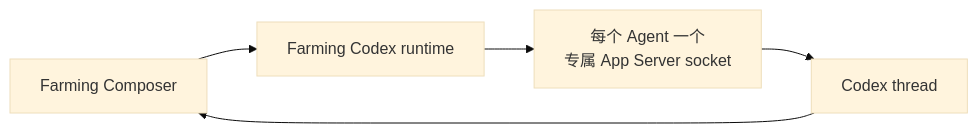
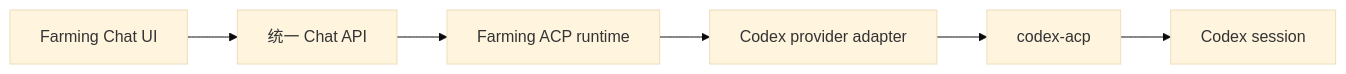
One commit to zhuwenzhuang/farming changed the diagram in docs/products/code/codex-runtime.zh_cn.md. Above: the diagram before and after it, drawn with Mermaid (base theme). The commit also changed other lines of this file and 68 other files, not shown here.

Commit message:
refactor: make Codex chat ACP-only

````diff
--- a/docs/products/code/codex-runtime.zh_cn.md
+++ b/docs/products/code/codex-runtime.zh_cn.md
@@ -26,7 +16,8 @@
 ```mermaid
 flowchart LR
-  Chat["Farming Composer"] --> Runtime["Farming Codex runtime"]
-  Runtime --> Socket["每个 Agent 一个<br/>专属 App Server socket"]
-  Socket --> Thread["Codex thread"]
-  Thread --> Chat
+  Browser["Farming Chat UI"] --> API["统一 Chat API"]
+  API --> ACP["Farming ACP runtime"]
+  ACP --> Adapter["Codex provider adapter"]
+  Adapter --> CodexACP["codex-acp"]
+  CodexACP --> Codex["Codex session"]
 ```
````
